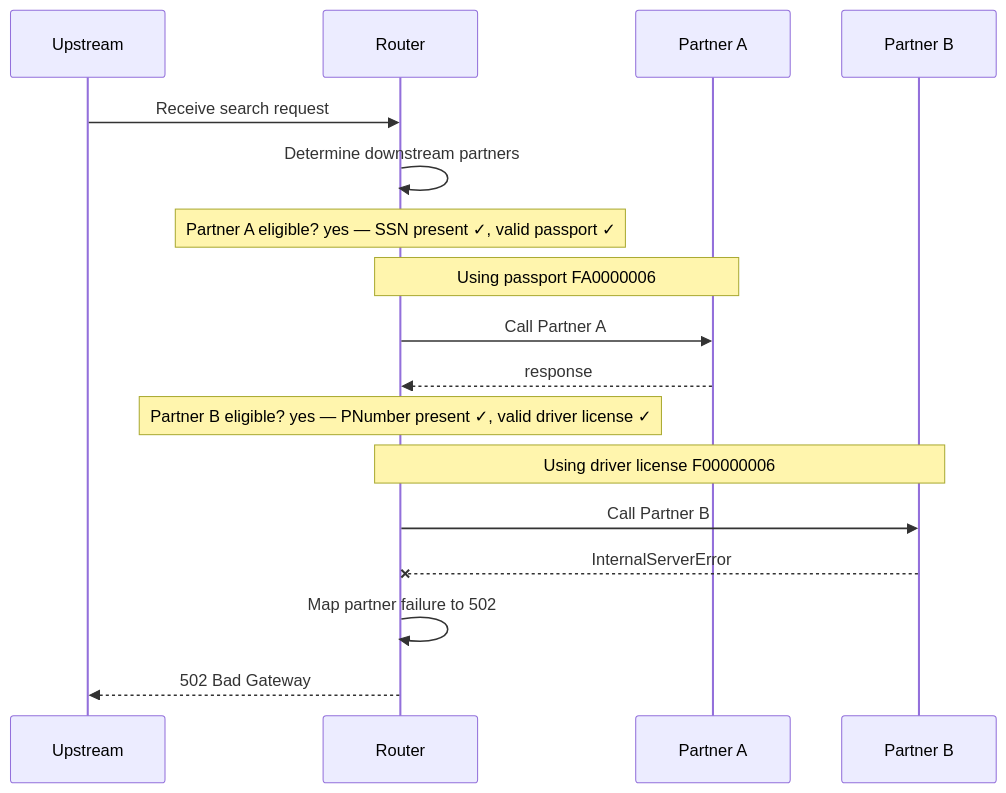
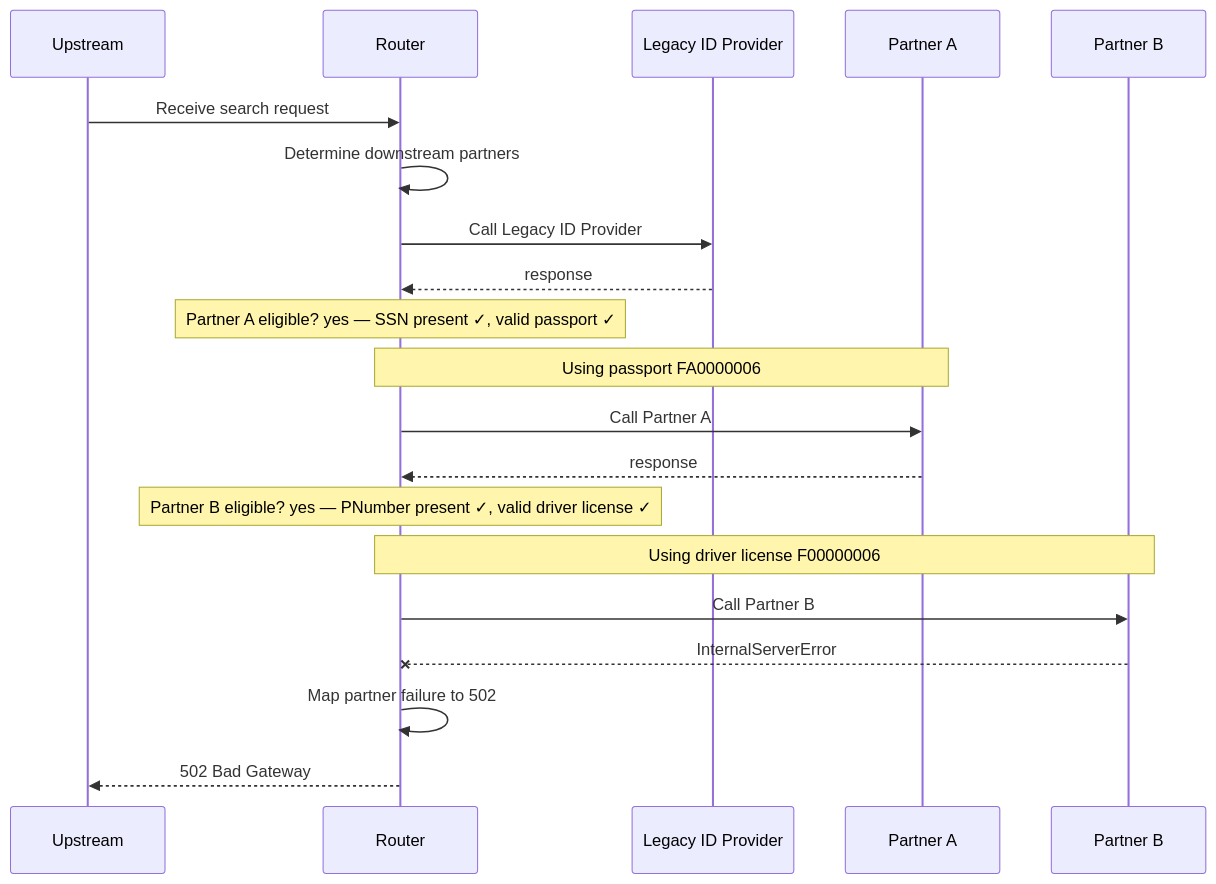
The diagram in main-app/docs/flows/partner-b-error.md (jwdomes/automockit), drawn with Mermaid before and after one commit. The commit also changed other lines of this file and 37 other files, not shown here.

First line of the commit message:
Resolve a person id through a new or legacy ID provider

````diff
--- a/main-app/docs/flows/partner-b-error.md
+++ b/main-app/docs/flows/partner-b-error.md
@@ -46,20 +46,23 @@
 ```mermaid
 sequenceDiagram
     %% Partner B returns 500 after A succeeds: request fails with 502 and C is never called
     participant UPSTREAM as Upstream
     participant ROUTER as Router
+    participant LEGACY_ID_PROVIDER as Legacy ID Provider
     participant PARTNER_A as Partner A
     participant PARTNER_B as Partner B
     UPSTREAM->>ROUTER: Receive search request
     ROUTER->>ROUTER: Determine downstream partners
+    ROUTER->>LEGACY_ID_PROVIDER: Call Legacy ID Provider
+    LEGACY_ID_PROVIDER-->>ROUTER: response
     Note over ROUTER: Partner A eligible? yes — SSN present ✓, valid passport ✓
     Note over ROUTER,PARTNER_A: Using passport FA0000006
     ROUTER->>PARTNER_A: Call Partner A
     PARTNER_A-->>ROUTER: response
     Note over ROUTER: Partner B eligible? yes — PNumber present ✓, valid driver license ✓
     Note over ROUTER,PARTNER_B: Using driver license F00000006
     ROUTER->>PARTNER_B: Call Partner B
     PARTNER_B--xROUTER: InternalServerError
     ROUTER->>ROUTER: Map partner failure to 502
     ROUTER-->>UPSTREAM: 502 Bad Gateway
 ```
````
